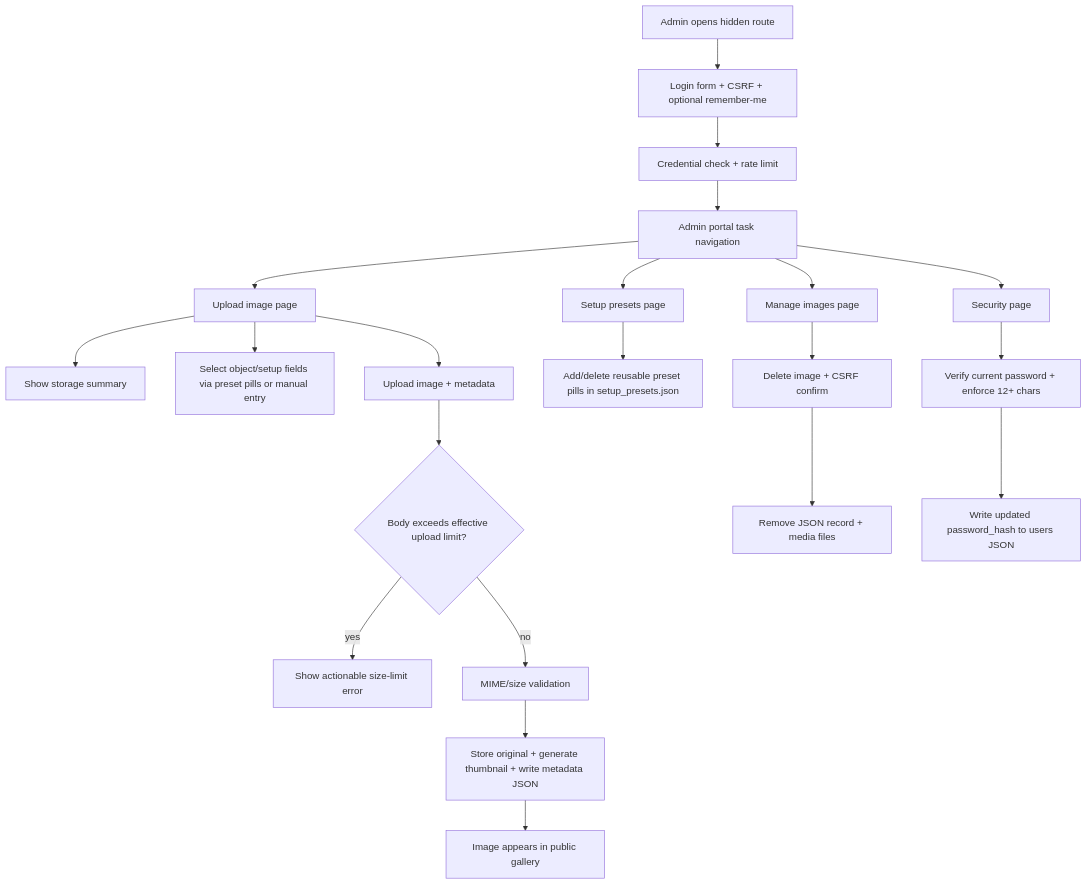
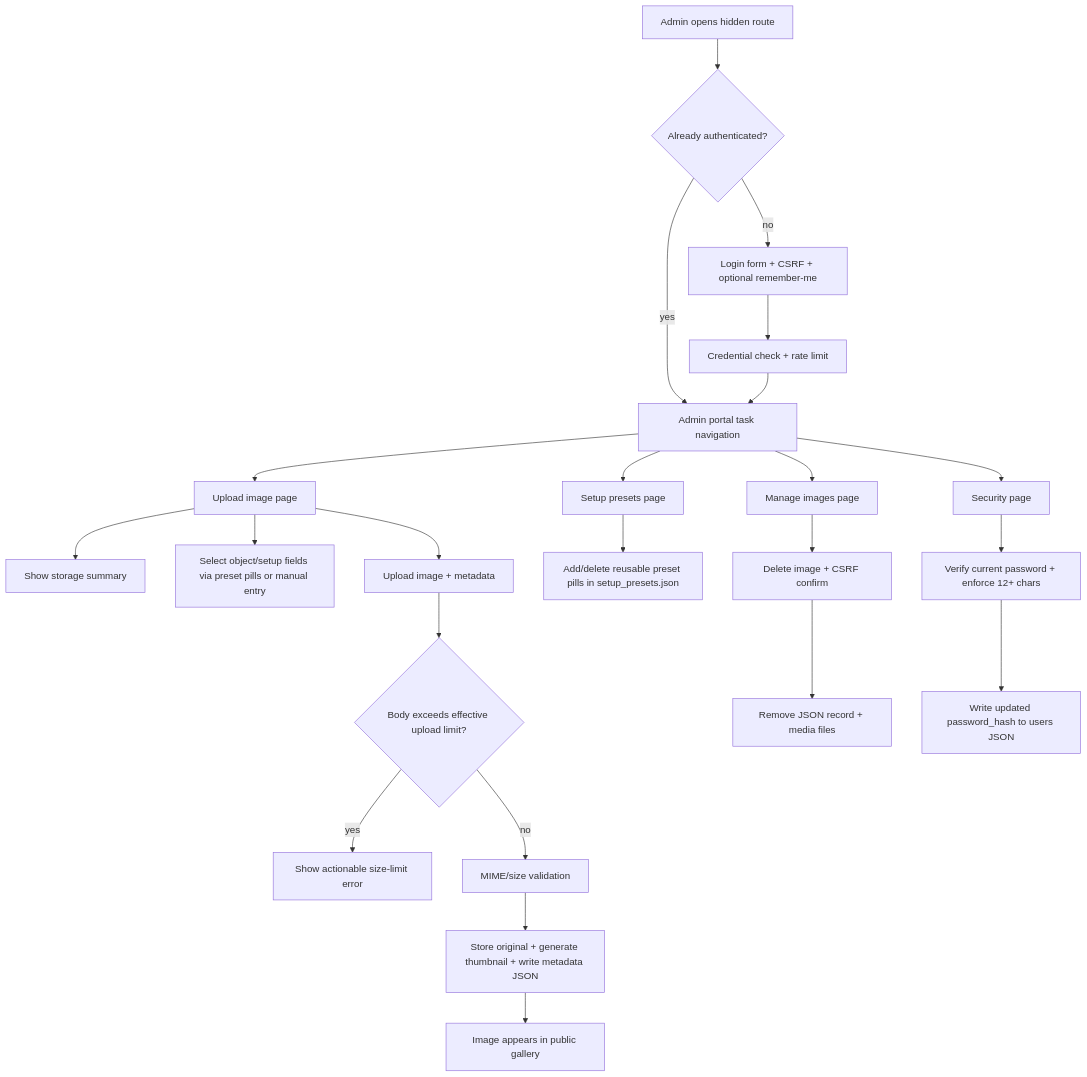
Before and after one commit to smeird/images: the second of 3 diagrams in README.md, drawn with Mermaid. The commit also changed other lines of this file and 2 other files, not shown here.

Commit message:
Fix admin login route redirect for active sessions
Ensure authenticated admins who hit /hidden-admin/login are redirected to /hidden-admin/upload so active sessions don't appear logged out. README and Mermaid admin flow diagram reviewed/updated, and WEBSITE_TASKS.md updated for traceability.

````diff
--- a/README.md
+++ b/README.md
@@ -150,23 +151,25 @@
 ```mermaid
 flowchart TD
-  A[Admin opens hidden route] --> B[Login form + CSRF + optional remember-me]
-  B --> C[Credential check + rate limit]
-  C --> D[Admin portal task navigation]
+  A[Admin opens hidden route] --> B{Already authenticated?}
+  B -- yes --> D[Admin portal task navigation]
+  B -- no --> C[Login form + CSRF + optional remember-me]
+  C --> E[Credential check + rate limit]
+  E --> D
   D --> U[Upload image page]
   D --> P[Setup presets page]
   D --> M[Manage images page]
   D --> S[Security page]
   U --> T[Show storage summary]
   U --> V[Select object/setup fields via preset pills or manual entry]
   U --> W[Upload image + metadata]
   W --> X{Body exceeds effective upload limit?}
   X -- yes --> Y[Show actionable size-limit error]
   X -- no --> Z[MIME/size validation]
   Z --> AA[Store original + generate thumbnail + write metadata JSON]
   AA --> AB[Image appears in public gallery]
   P --> AC[Add/delete reusable preset pills in setup_presets.json]
   M --> AD[Delete image + CSRF confirm]
   AD --> AE[Remove JSON record + media files]
   S --> AF[Verify current password + enforce 12+ chars]
   AF --> AG[Write updated password_hash to users JSON]
 ```
````
